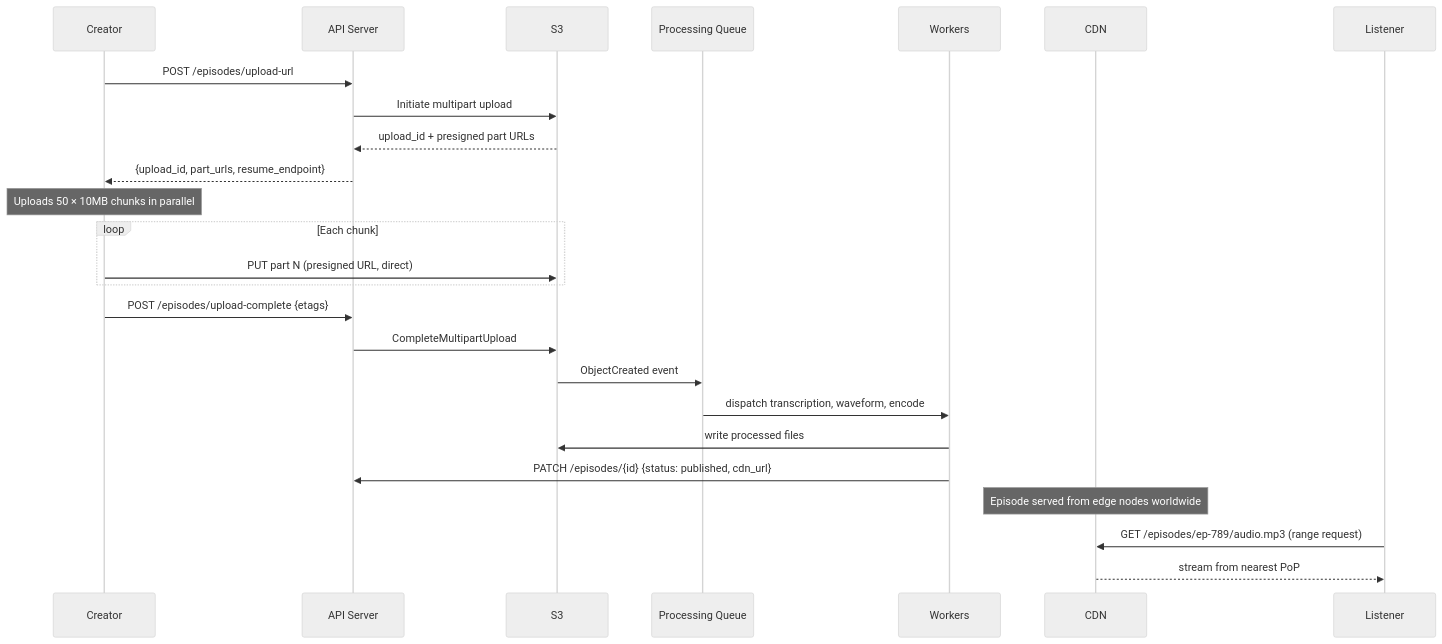
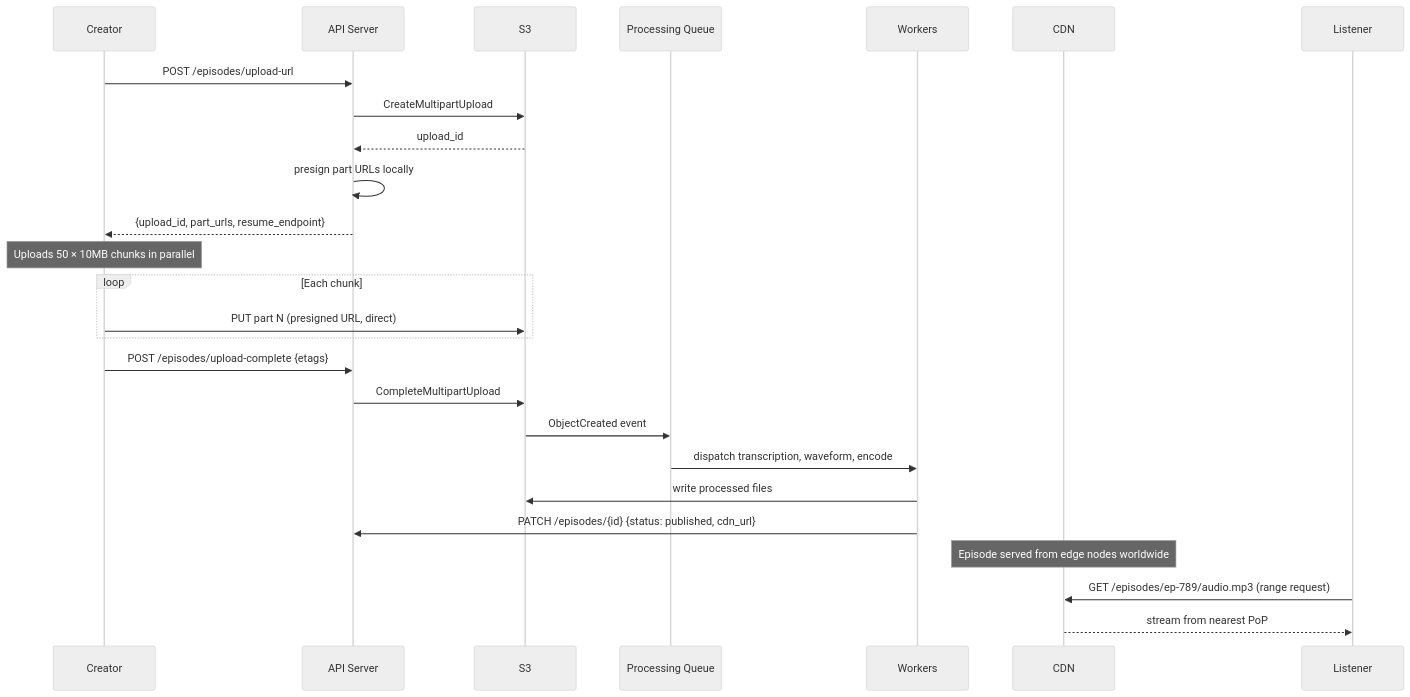
One commit to ramesankrishnakumar/BrainDump changed the eighth of 9 diagrams in System Design/docs/patterns/large-blobs.md. Above: the diagram before and after it, drawn with Mermaid (neutral theme). The commit also changed other lines of this file and 2 other files, not shown here.

Commit message:
docs: file upload guide and clarify presign is local

````diff
--- a/System Design/docs/patterns/large-blobs.md
+++ b/System Design/docs/patterns/large-blobs.md
@@ -455,27 +458,28 @@
 ```mermaid
 sequenceDiagram
     participant Creator
     participant API as API Server
     participant S3
     participant Queue as Processing Queue
     participant Workers
     participant CDN
 
     Creator->>API: POST /episodes/upload-url
-    API->>S3: Initiate multipart upload
-    S3-->>API: upload_id + presigned part URLs
+    API->>S3: CreateMultipartUpload
+    S3-->>API: upload_id
+    API->>API: presign part URLs locally
     API-->>Creator: {upload_id, part_urls, resume_endpoint}
     Note over Creator: Uploads 50 × 10MB chunks in parallel
     loop Each chunk
         Creator->>S3: PUT part N (presigned URL, direct)
     end
     Creator->>API: POST /episodes/upload-complete {etags}
     API->>S3: CompleteMultipartUpload
     S3->>Queue: ObjectCreated event
     Queue->>Workers: dispatch transcription, waveform, encode
     Workers->>S3: write processed files
     Workers->>API: PATCH /episodes/{id} {status: published, cdn_url}
     Note over CDN: Episode served from edge nodes worldwide
     Listener->>CDN: GET /episodes/ep-789/audio.mp3 (range request)
     CDN-->>Listener: stream from nearest PoP
 ```
````
